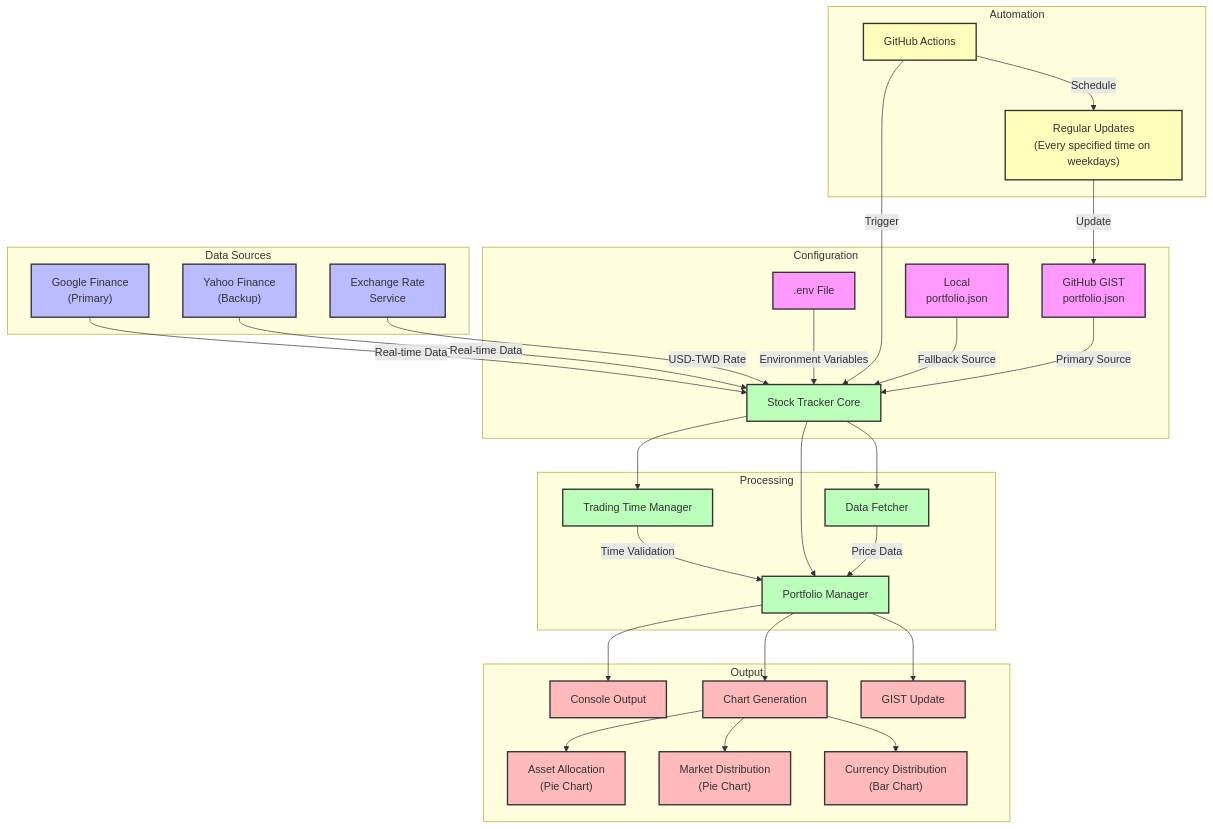
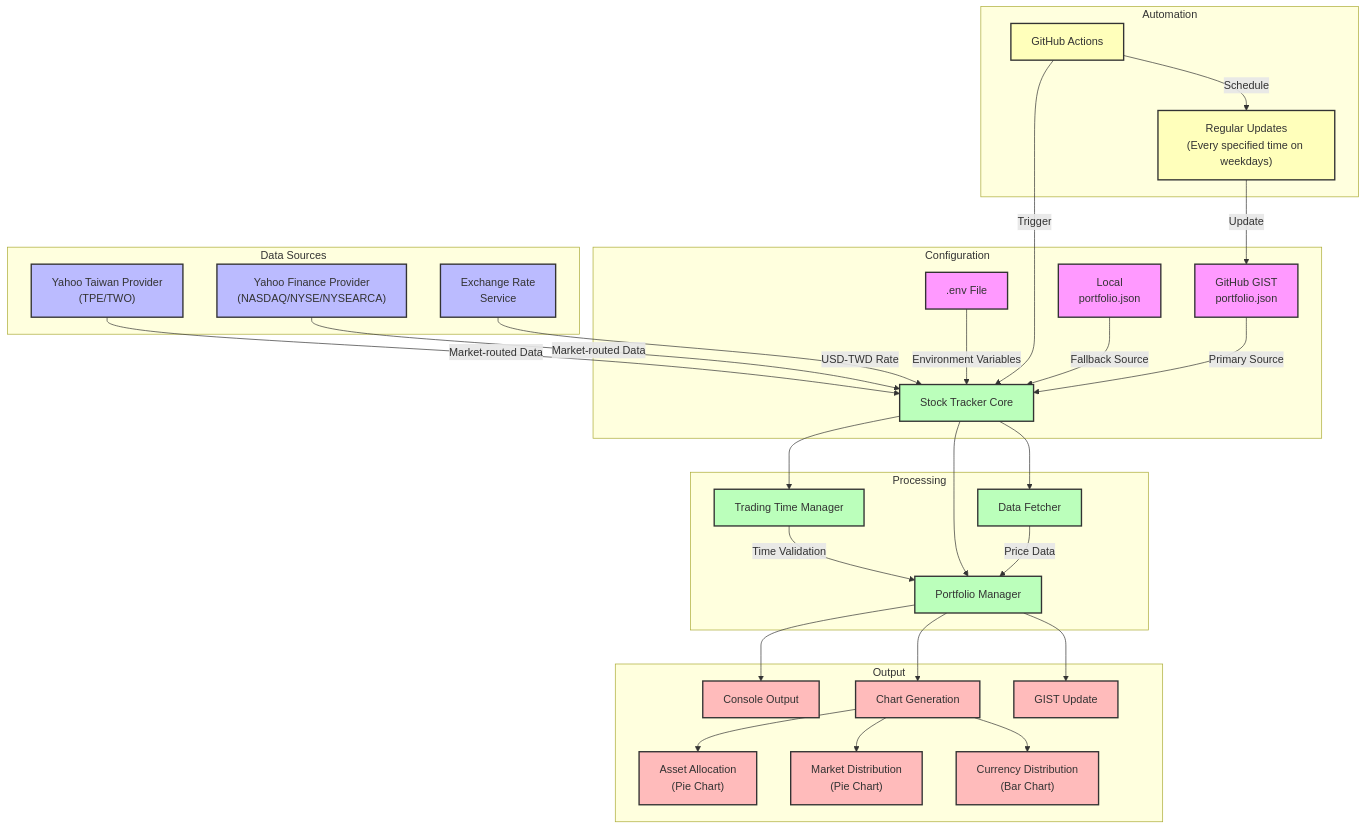
Before and after one commit to chihkang/stock_tracker: the diagram in README.md, drawn with Mermaid. The commit also changed other lines of this file and 13 other files, not shown here.

````diff
--- a/README.md
+++ b/README.md
@@ -7,51 +7,51 @@
 ```mermaid
 graph TB
     subgraph "Configuration"
         A[".env File"] --> |Environment Variables| C[Stock Tracker Core]
         B1["GitHub GIST\nportfolio.json"] --> |Primary Source| C
         B2["Local\nportfolio.json"] --> |Fallback Source| C
     end
 
     subgraph "Data Sources"
-        D1["Google Finance\n(Primary)"] --> |Real-time Data| C
-        D2["Yahoo Finance\n(Backup)"] --> |Real-time Data| C
+        D1["Yahoo Taiwan Provider\n(TPE/TWO)"] --> |Market-routed Data| C
+        D2["Yahoo Finance Provider\n(NASDAQ/NYSE/NYSEARCA)"] --> |Market-routed Data| C
         D3["Exchange Rate\nService"] --> |USD-TWD Rate| C
     end
 
     subgraph "Processing"
         C --> E[Trading Time Manager]
         C --> F[Portfolio Manager]
         C --> G[Data Fetcher]
         
         E --> |Time Validation| F
         G --> |Price Data| F
     end
 
     subgraph "Output"
         F --> H1[Console Output]
         F --> H2[Chart Generation]
         F --> H3[GIST Update]
         
         H2 --> I1["Asset Allocation\n(Pie Chart)"]
         H2 --> I2["Market Distribution\n(Pie Chart)"]
         H2 --> I3["Currency Distribution\n(Bar Chart)"]
     end
 
     subgraph "Automation"
         J[GitHub Actions] --> |Trigger| C
         J --> |Schedule| K["Regular Updates\n(Every specified time on weekdays)"]
         K --> |Update| B1
     end
 
     classDef configNode fill:#f9f,stroke:#333,stroke-width:2px
     classDef dataNode fill:#bbf,stroke:#333,stroke-width:2px
     classDef processNode fill:#bfb,stroke:#333,stroke-width:2px
     classDef outputNode fill:#fbb,stroke:#333,stroke-width:2px
     classDef autoNode fill:#ffb,stroke:#333,stroke-width:2px
 
     class A,B1,B2 configNode
     class D1,D2,D3 dataNode
     class C,E,F,G processNode
     class H1,H2,H3,I1,I2,I3 outputNode
     class J,K autoNode
 ```
````
